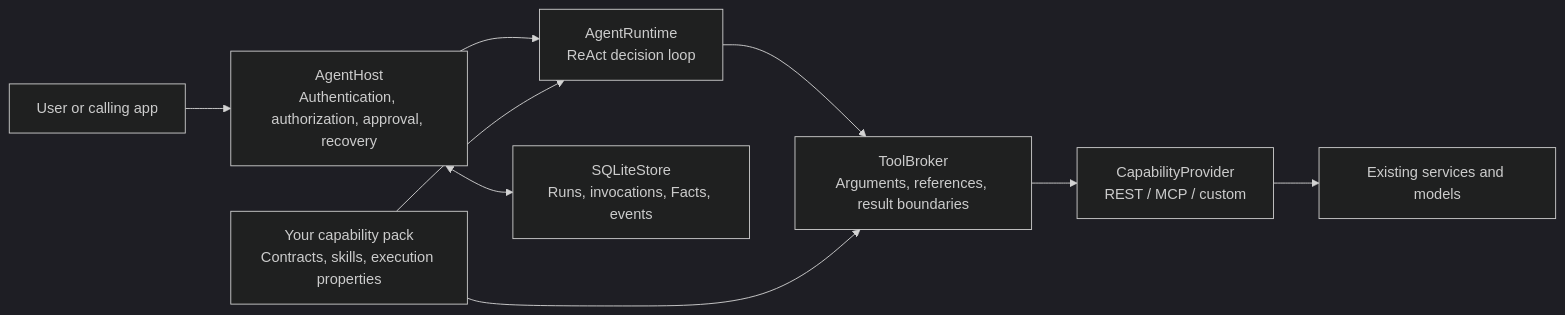
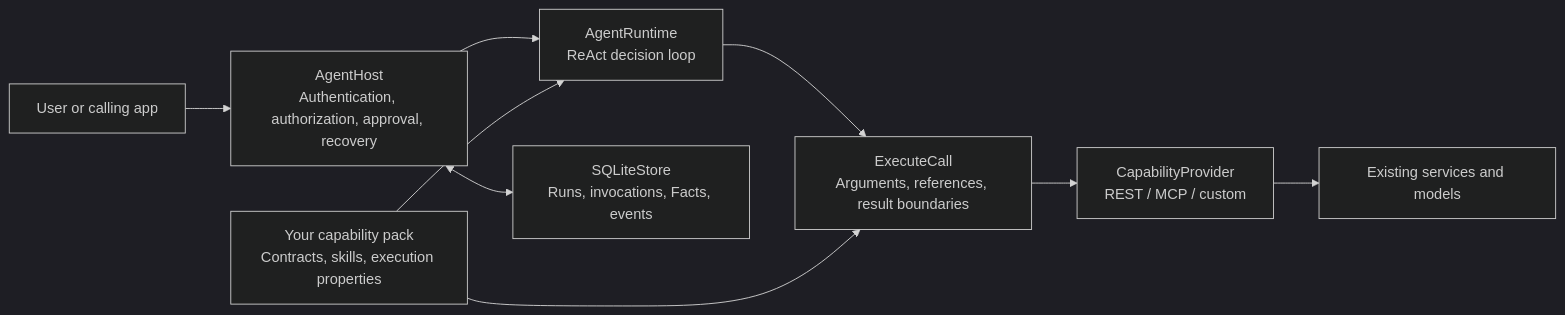
Before and after one commit to KHG420/agenstra: the diagram in README.md, drawn with Mermaid (dark theme). The commit also changed other lines of this file and 88 other files, not shown here.

````diff
--- a/README.md
+++ b/README.md
@@ -17,11 +17,11 @@
 ```mermaid
 flowchart LR
     U[User or calling app] --> H[AgentHost\nAuthentication, authorization, approval, recovery]
     H --> R[AgentRuntime\nReAct decision loop]
-    R --> B[ToolBroker\nArguments, references, result boundaries]
+    R --> B[ExecuteCall\nArguments, references, result boundaries]
     P[Your capability pack\nContracts, skills, execution properties] --> R
     P --> B
     B --> C[CapabilityProvider\nREST / MCP / custom]
     C --> E[Existing services and models]
     H <--> S[SQLiteStore\nRuns, invocations, Facts, events]
 ```
````
